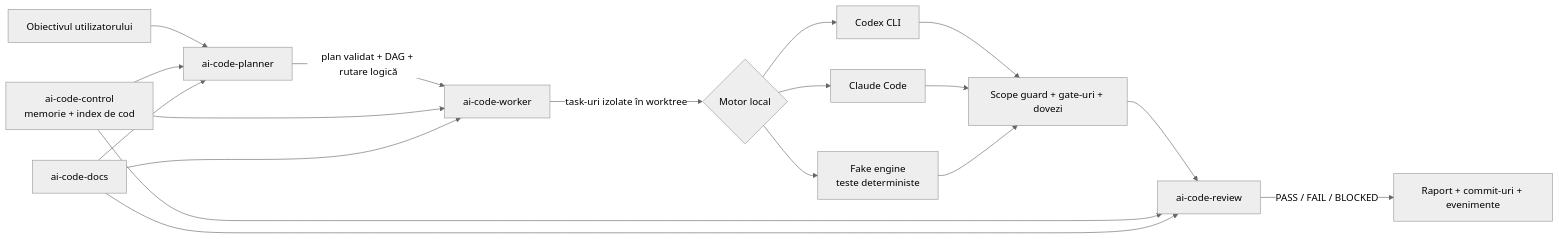
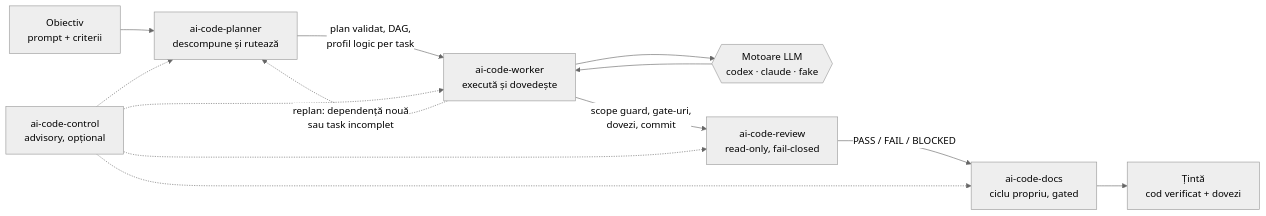
One commit to Infoapex/infoapex-ai changed the first of 3 diagrams in README.md. Above: the diagram before and after it, drawn with Mermaid (neutral theme). The commit also changed other lines of this file and 15 other files, not shown here.

First line of the commit message:
Add visual identity assets and correct the architecture diagram

````diff
--- a/README.md
+++ b/README.md
@@ -39,20 +45,15 @@
 ```mermaid
 flowchart LR
-    U[Obiectivul utilizatorului] --> P[ai-code-planner]
-    C[ai-code-control<br/>memorie + index de cod] --> P
-    P -->|plan validat + DAG + rutare logică| W[ai-code-worker]
-    C --> W
-    W -->|task-uri izolate în worktree| E{Motor local}
-    E --> CX[Codex CLI]
-    E --> CL[Claude Code]
-    E --> FK[Fake engine<br/>teste deterministe]
-    CX --> G[Scope guard + gate-uri + dovezi]
-    CL --> G
-    FK --> G
-    G --> R[ai-code-review]
-    C --> R
-    R -->|PASS / FAIL / BLOCKED| O[Raport + commit-uri + evenimente]
-    D[ai-code-docs] --> P
-    D --> W
-    D --> R
+    U[Obiectiv<br/>prompt + criterii] --> P[ai-code-planner<br/>descompune și rutează]
+    P -->|plan validat, DAG,<br/>profil logic per task| W[ai-code-worker<br/>execută și dovedește]
+    W -.->|replan: dependență nouă<br/>sau task incomplet| P
+    W --> E{{Motoare LLM<br/>codex · claude · fake}}
+    E --> W
+    W -->|scope guard, gate-uri,<br/>dovezi, commit| R[ai-code-review<br/>read-only, fail-closed]
+    R -->|PASS / FAIL / BLOCKED| D[ai-code-docs<br/>ciclu propriu, gated]
+    D --> T[Țintă<br/>cod verificat + dovezi]
+    C[ai-code-control<br/>advisory, opțional] -.-> P
+    C -.-> W
+    C -.-> R
+    C -.-> D
 ```
````
